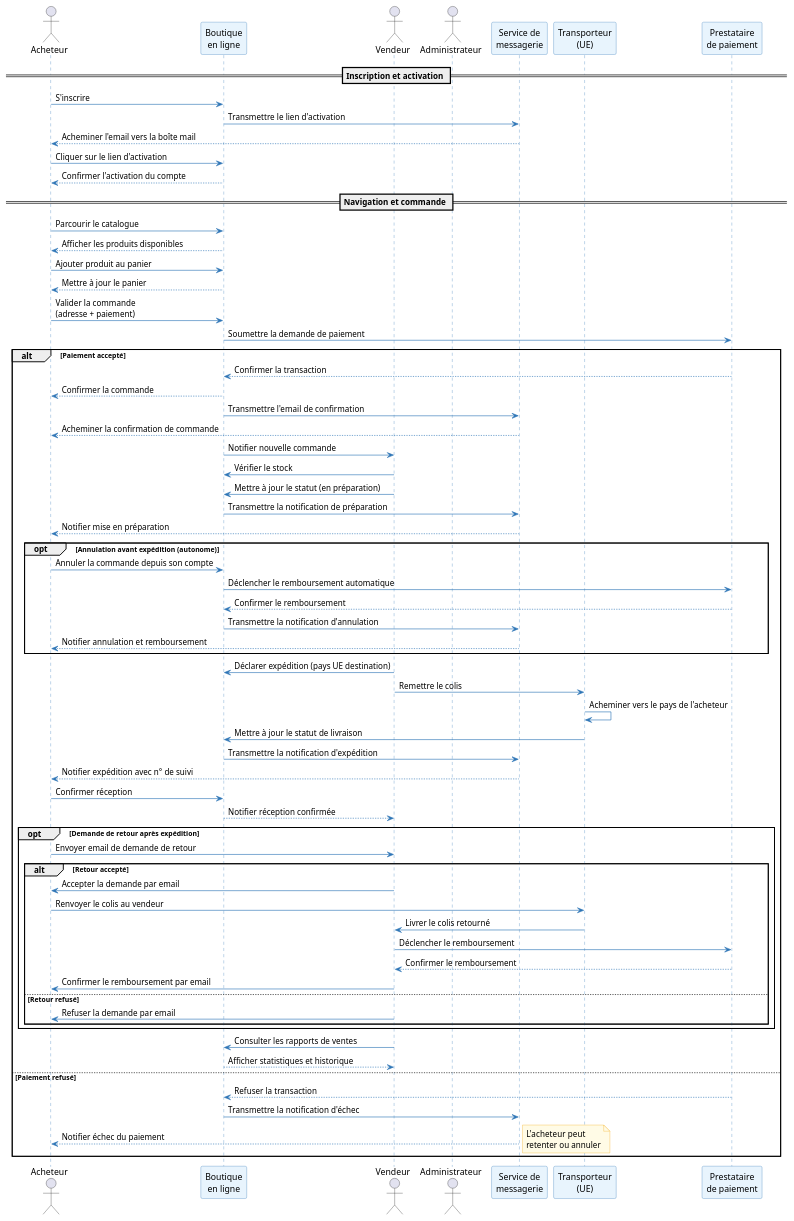
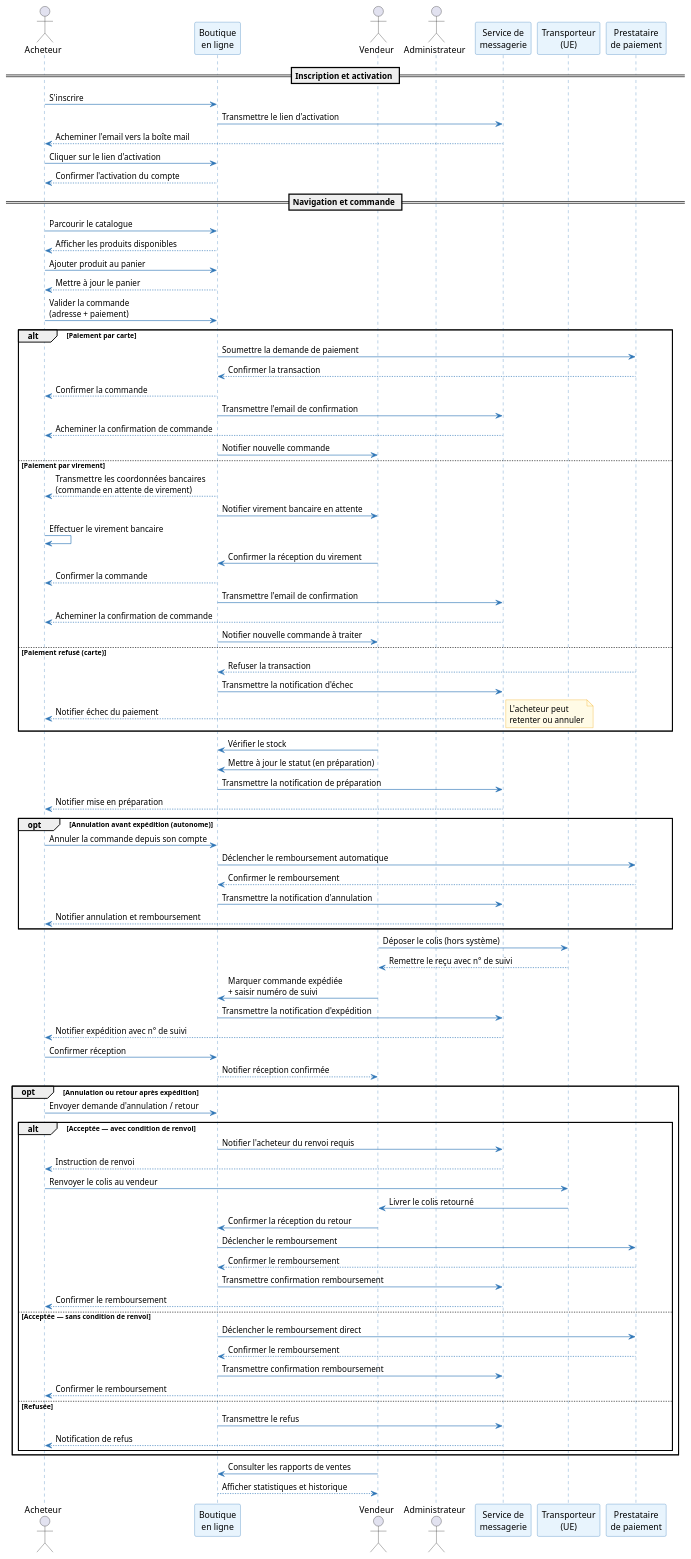
The fifth of 5 diagrams in architecture/01-operational-analysis/oa.adoc (louistalvande/online_shop), drawn with PlantUML before and after one commit. The commit also changed other lines of this file and 4 other files, not shown here.

```diff
--- a/architecture/01-operational-analysis/oa.adoc
+++ b/architecture/01-operational-analysis/oa.adoc
@@ -388,14 +411,31 @@
 Shop --> Buyer : Mettre à jour le panier
 
 Buyer -> Shop : Valider la commande\n(adresse + paiement)
-Shop -> Payment : Soumettre la demande de paiement
 
-alt Paiement accepté
+alt Paiement par carte
+  Shop -> Payment : Soumettre la demande de paiement
   Payment --> Shop : Confirmer la transaction
   Shop --> Buyer : Confirmer la commande
   Shop -> Mail : Transmettre l'email de confirmation
   Mail --> Buyer : Acheminer la confirmation de commande
   Shop -> Vendor : Notifier nouvelle commande
+
+else Paiement par virement
+  Shop --> Buyer : Transmettre les coordonnées bancaires\n(commande en attente de virement)
+  Shop -> Vendor : Notifier virement bancaire en attente
+  Buyer -> Buyer : Effectuer le virement bancaire
+  Vendor -> Shop : Confirmer la réception du virement
+  Shop --> Buyer : Confirmer la commande
+  Shop -> Mail : Transmettre l'email de confirmation
+  Mail --> Buyer : Acheminer la confirmation de commande
+  Shop -> Vendor : Notifier nouvelle commande à traiter
+
+else Paiement refusé (carte)
+  Payment --> Shop : Refuser la transaction
+  Shop -> Mail : Transmettre la notification d'échec
+  Mail --> Buyer : Notifier échec du paiement
+  note right : L'acheteur peut\nretenter ou annuler
+end
 
   Vendor -> Shop : Vérifier le stock
   Vendor -> Shop : Mettre à jour le statut (en préparation)
@@ -410,37 +450,38 @@
     Mail --> Buyer : Notifier annulation et remboursement
   end
 
-  Vendor -> Shop : Déclarer expédition (pays UE destination)
-  Vendor -> Carrier : Remettre le colis
-  Carrier -> Carrier : Acheminer vers le pays de l'acheteur
-  Carrier -> Shop : Mettre à jour le statut de livraison
+  Vendor -> Carrier : Déposer le colis (hors système)
+  Carrier --> Vendor : Remettre le reçu avec n° de suivi
+  Vendor -> Shop : Marquer commande expédiée\n+ saisir numéro de suivi
   Shop -> Mail : Transmettre la notification d'expédition
   Mail --> Buyer : Notifier expédition avec n° de suivi
 
   Buyer -> Shop : Confirmer réception
   Shop --> Vendor : Notifier réception confirmée
 
-  opt Demande de retour après expédition
-    Buyer -> Vendor : Envoyer email de demande de retour
-    alt Retour accepté
-      Vendor -> Buyer : Accepter la demande par email
+  opt Annulation ou retour après expédition
+    Buyer -> Shop : Envoyer demande d'annulation / retour
+    alt Acceptée — avec condition de renvoi
+      Shop -> Mail : Notifier l'acheteur du renvoi requis
+      Mail --> Buyer : Instruction de renvoi
       Buyer -> Carrier : Renvoyer le colis au vendeur
       Carrier -> Vendor : Livrer le colis retourné
-      Vendor -> Payment : Déclencher le remboursement
-      Payment --> Vendor : Confirmer le remboursement
-      Vendor -> Buyer : Confirmer le remboursement par email
-    else Retour refusé
-      Vendor -> Buyer : Refuser la demande par email
+      Vendor -> Shop : Confirmer la réception du retour
+      Shop -> Payment : Déclencher le remboursement
+      Payment --> Shop : Confirmer le remboursement
+      Shop -> Mail : Transmettre confirmation remboursement
+      Mail --> Buyer : Confirmer le remboursement
+    else Acceptée — sans condition de renvoi
+      Shop -> Payment : Déclencher le remboursement direct
+      Payment --> Shop : Confirmer le remboursement
+      Shop -> Mail : Transmettre confirmation remboursement
+      Mail --> Buyer : Confirmer le remboursement
+    else Refusée
+      Shop -> Mail : Transmettre le refus
+      Mail --> Buyer : Notification de refus
     end
   end
 
   Vendor -> Shop : Consulter les rapports de ventes
   Shop --> Vendor : Afficher statistiques et historique
-
-else Paiement refusé
-  Payment --> Shop : Refuser la transaction
-  Shop -> Mail : Transmettre la notification d'échec
-  Mail --> Buyer : Notifier échec du paiement
-  note right : L'acheteur peut\nretenter ou annuler
-end
 ----
```
